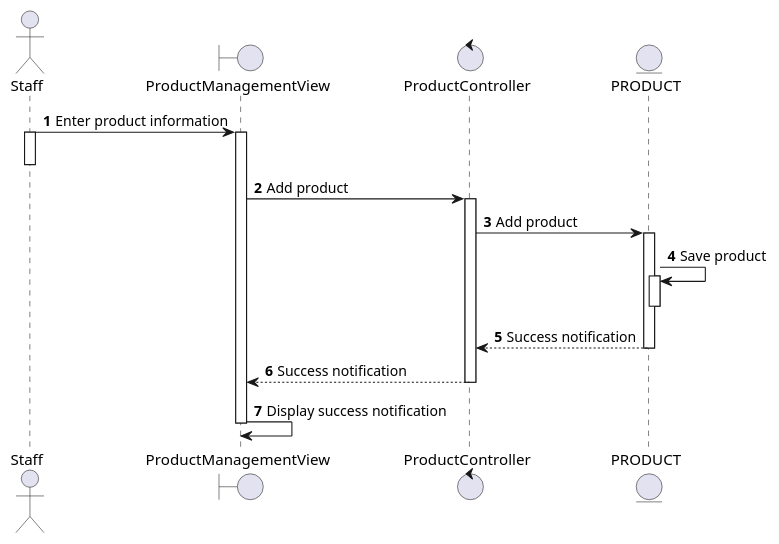
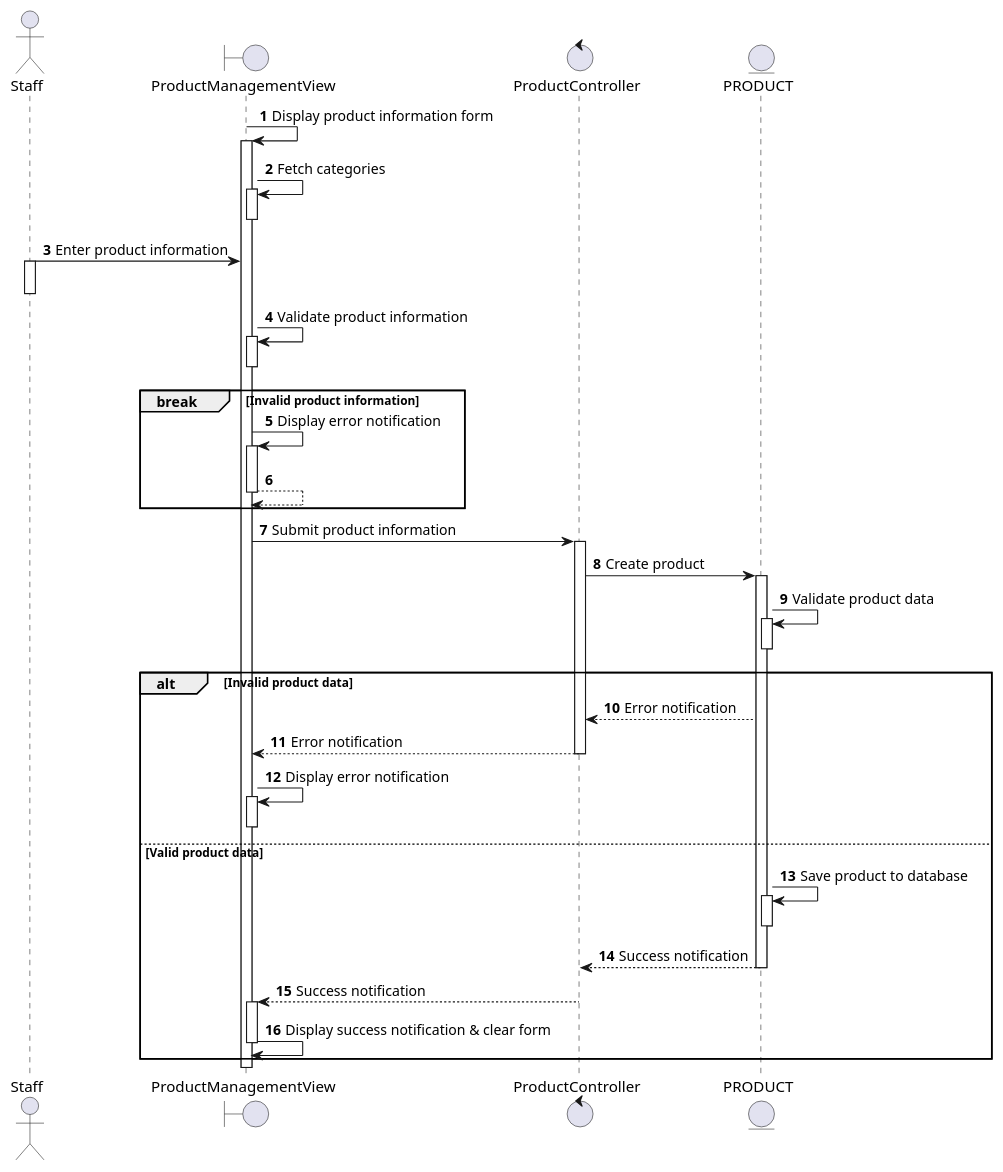
The diagram in docs/docs/sequence/manage-product/add-product.md (electricilies/electricilies.github.io), drawn with PlantUML before and after one commit. The commit also changed 2 other files, not shown here.

Commit message:
feat(product): enhance product information validation workflow

````diff
--- a/docs/docs/sequence/manage-product/add-product.md
+++ b/docs/docs/sequence/manage-product/add-product.md
@@ -3,29 +3,54 @@
 ```plantuml
 @startuml
 autonumber
 
 actor Staff as S
 boundary ProductManagementView as PMV
 control ProductController as PC
 entity PRODUCT as P
 
+PMV -> PMV: Display product information form
+activate PMV 
+PMV -> PMV: Fetch categories
+activate PMV
+deactivate PMV
 S -> PMV: Enter product information
 activate S
+deactivate S
+PMV -> PMV: Validate product information
 activate PMV
-deactivate S
-PMV -> PC: Add product
+ deactivate PMV
+break Invalid product information
+  PMV -> PMV: Display error notification
+  activate PMV
+  return
+end
+PMV -> PC: Submit product information
 activate PC
-PC -> P: Add product
+PC -> P: Create product
 activate P
-P -> P: Save product
+P -> P: Validate product data
 activate P
 deactivate P
-PC <-- P: Success notification
-deactivate P
-PMV <-- PC: Success notification
-deactivate PC
-PMV -> PMV: Display success notification
-deactivate PMV
+alt Invalid product data
+    PC <-- P: Error notification
+    PMV <-- PC: Error notification
+    deactivate PC
+    PMV -> PMV: Display error notification
+    activate PMV
+    deactivate PMV
+else Valid product data
+    P -> P: Save product to database
+    activate P
+    deactivate P
+    PC <-- P: Success notification
+    deactivate P
+    PMV <-- PC: Success notification
+    deactivate PC
+    activate PMV
+    PMV -> PMV: Display success notification & clear form
+    deactivate PMV
+end
 
 @enduml
 ```
````
